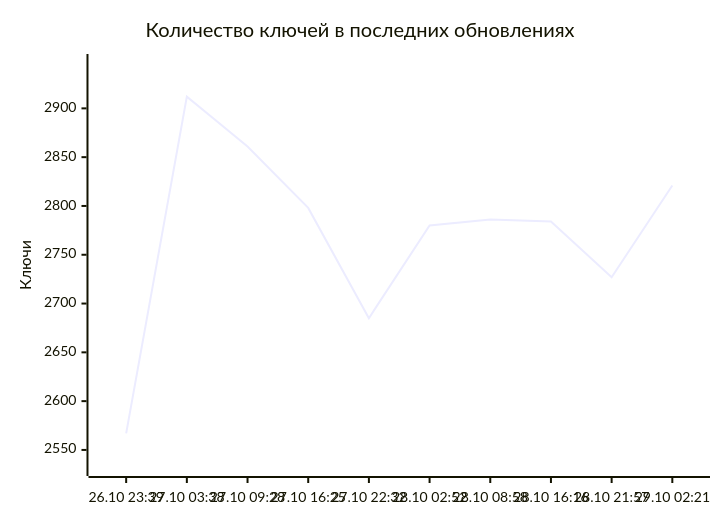
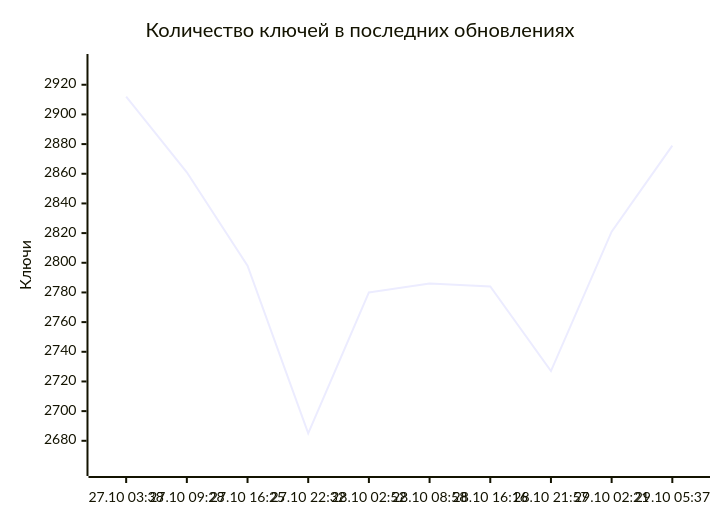
The diagram in README.md (markKikhtenko/WireVeil), drawn with Mermaid before and after one commit. The commit also changed other lines of this file and 12 other files, not shown here.

````diff
--- a/README.md
+++ b/README.md
@@ -55,7 +55,7 @@
 ```mermaid
 xychart-beta
     title "Количество ключей в последних обновлениях"
-    x-axis ["26.10 23:39", "27.10 03:38", "27.10 09:28", "27.10 16:25", "27.10 22:32", "28.10 02:52", "28.10 08:58", "28.10 16:16", "28.10 21:57", "29.10 02:21"]
-    y-axis "Ключи" 2532 --> 2947
-    line [2567, 2912, 2861, 2798, 2685, 2780, 2786, 2784, 2727, 2821]
+    x-axis ["27.10 03:38", "27.10 09:28", "27.10 16:25", "27.10 22:32", "28.10 02:52", "28.10 08:58", "28.10 16:16", "28.10 21:57", "29.10 02:21", "29.10 05:37"]
+    y-axis "Ключи" 2662 --> 2935
+    line [2912, 2861, 2798, 2685, 2780, 2786, 2784, 2727, 2821, 2879]
 ```
````
